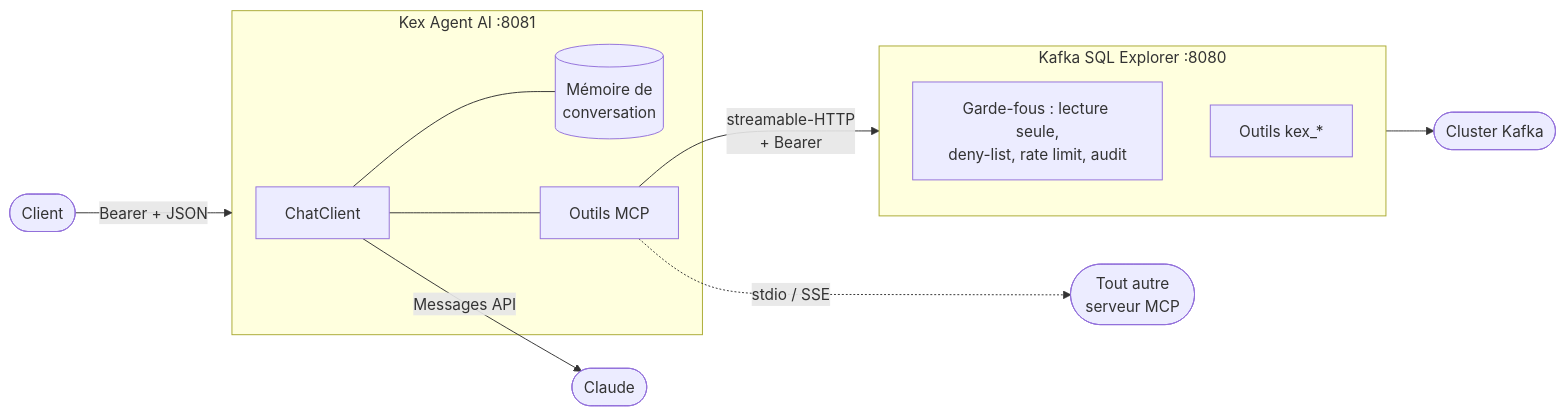
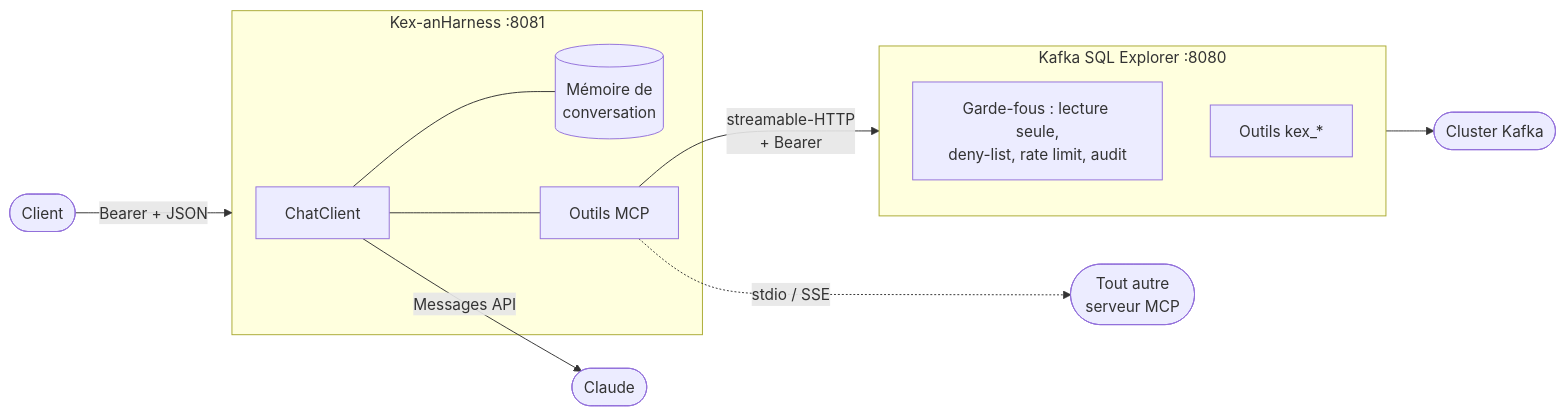
The diagram in README.fr.md (devdownin/Kex-agent-ai), drawn with Mermaid before and after one commit. The commit also changed other lines of this file and 3 other files, not shown here.

Commit message:
docs: rename product to Kex-anHarness

````diff
--- a/README.fr.md
+++ b/README.fr.md
@@ -163,16 +167,16 @@
 ```mermaid
 flowchart LR
     U([Client]) -->|Bearer + JSON| A
-    subgraph A["Kex Agent AI :8081"]
+    subgraph A["Kex-anHarness :8081"]
         C[ChatClient] --- M[(Mémoire de<br/>conversation)]
         C --- T[Outils MCP]
     end
     C -->|Messages API| AN([Claude])
     T -->|streamable-HTTP<br/>+ Bearer| E
     T -.->|stdio / SSE| O([Tout autre<br/>serveur MCP])
     subgraph E["Kafka SQL Explorer :8080"]
         G[Garde-fous : lecture seule,<br/>deny-list, rate limit, audit]
         K[Outils kex_*]
     end
     E --> KA([Cluster Kafka])
 ```
````
